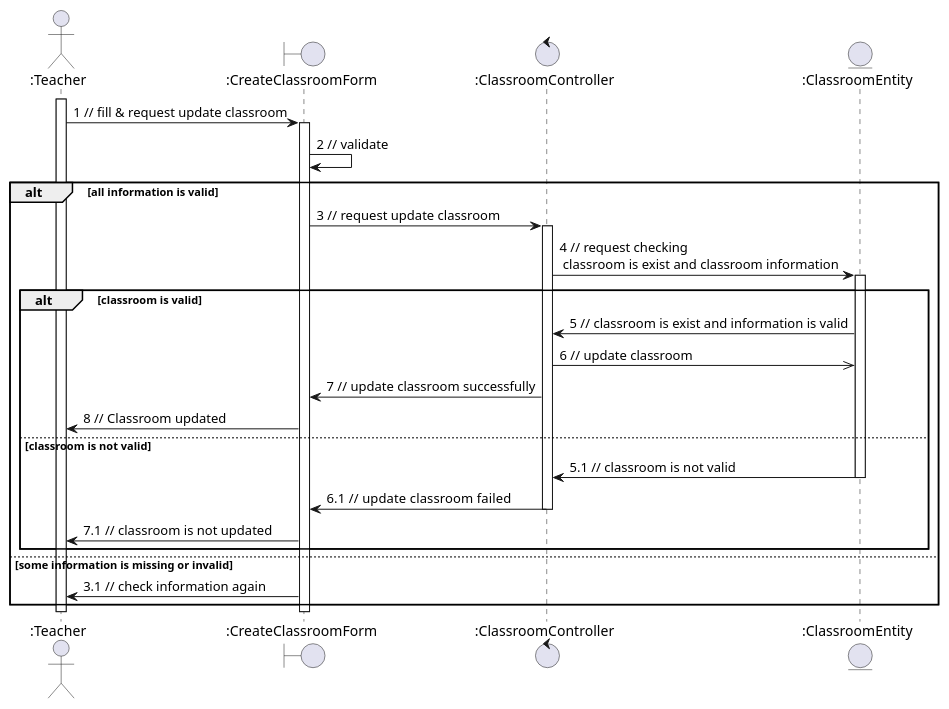
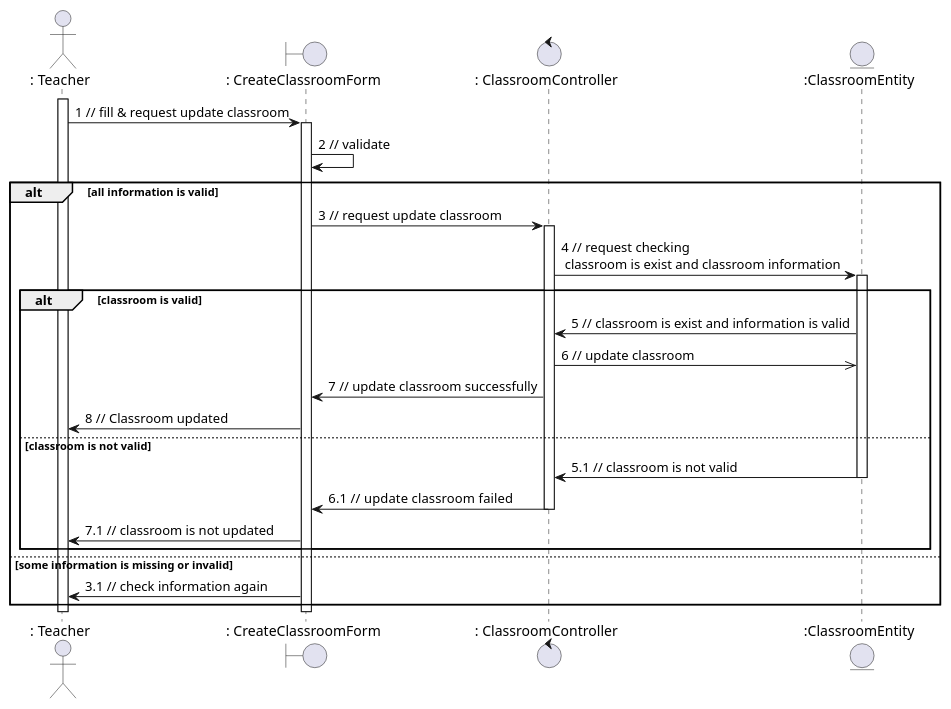
Before and after one commit to anonyhostvn/OOAD-Diagram: the diagram in sequence - analaysis/classroom/updateClass.plantuml, drawn with PlantUML. The commit also changed 13 other files, not shown here.

```diff
--- a/sequence - analaysis/classroom/updateClass.plantuml
+++ b/sequence - analaysis/classroom/updateClass.plantuml
@@ -1,36 +1,36 @@
 @startuml updateClass
 
-actor ":Teacher"
-boundary ":CreateClassroomForm"
-control ":ClassroomController"
+actor ": Teacher"
+boundary ": CreateClassroomForm"
+control ": ClassroomController"
 entity ":ClassroomEntity"
 
-activate ":Teacher"
-":Teacher" -> ":CreateClassroomForm": 1 // fill & request update classroom
-activate ":CreateClassroomForm"
-":CreateClassroomForm" -> ":CreateClassroomForm": 2 // validate
+activate ": Teacher"
+": Teacher" -> ": CreateClassroomForm": 1 // fill & request update classroom
+activate ": CreateClassroomForm"
+": CreateClassroomForm" -> ": CreateClassroomForm": 2 // validate
 alt all information is valid
-    ":CreateClassroomForm" -> ":ClassroomController": 3 // request update classroom
-    activate ":ClassroomController"
-    ":ClassroomController" -> ":ClassroomEntity": 4 // request checking \n classroom is exist and classroom information
+    ": CreateClassroomForm" -> ": ClassroomController": 3 // request update classroom
+    activate ": ClassroomController"
+    ": ClassroomController" -> ":ClassroomEntity": 4 // request checking \n classroom is exist and classroom information
     activate ":ClassroomEntity"
     alt classroom is valid
-        ":ClassroomEntity" -> ":ClassroomController": 5 // classroom is exist and information is valid
-        ":ClassroomController" ->> ":ClassroomEntity": 6 // update classroom
-        ":ClassroomController" -> ":CreateClassroomForm": 7 // update classroom successfully
-        ":CreateClassroomForm" -> ":Teacher": 8 // Classroom updated
+        ":ClassroomEntity" -> ": ClassroomController": 5 // classroom is exist and information is valid
+        ": ClassroomController" ->> ":ClassroomEntity": 6 // update classroom
+        ": ClassroomController" -> ": CreateClassroomForm": 7 // update classroom successfully
+        ": CreateClassroomForm" -> ": Teacher": 8 // Classroom updated
     else classroom is not valid
-        ":ClassroomEntity" -> ":ClassroomController": 5.1 // classroom is not valid
+        ":ClassroomEntity" -> ": ClassroomController": 5.1 // classroom is not valid
         deactivate ":ClassroomEntity"
-        ":ClassroomController" -> ":CreateClassroomForm": 6.1 // update  classroom failed
-        deactivate ":ClassroomController"
-        ":CreateClassroomForm" -> ":Teacher": 7.1 // classroom is not updated
+        ": ClassroomController" -> ": CreateClassroomForm": 6.1 // update  classroom failed
+        deactivate ": ClassroomController"
+        ": CreateClassroomForm" -> ": Teacher": 7.1 // classroom is not updated
     end
 else some information is missing or invalid
-    ":CreateClassroomForm" -> ":Teacher": 3.1 // check information again
+    ": CreateClassroomForm" -> ": Teacher": 3.1 // check information again
 end
 
-deactivate ":CreateClassroomForm"
-deactivate ":Teacher"
+deactivate ": CreateClassroomForm"
+deactivate ": Teacher"
 
 @enduml
```
